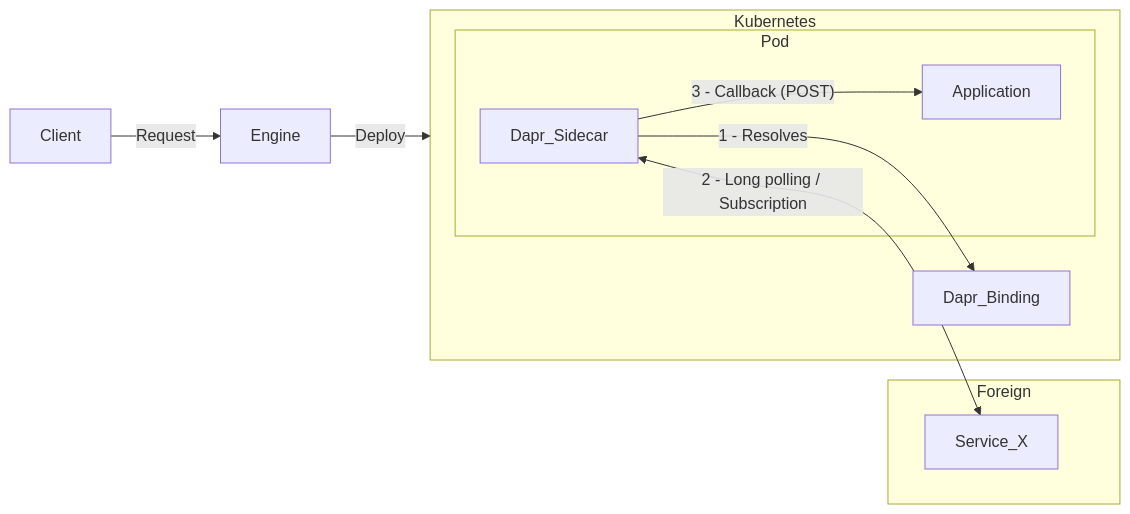
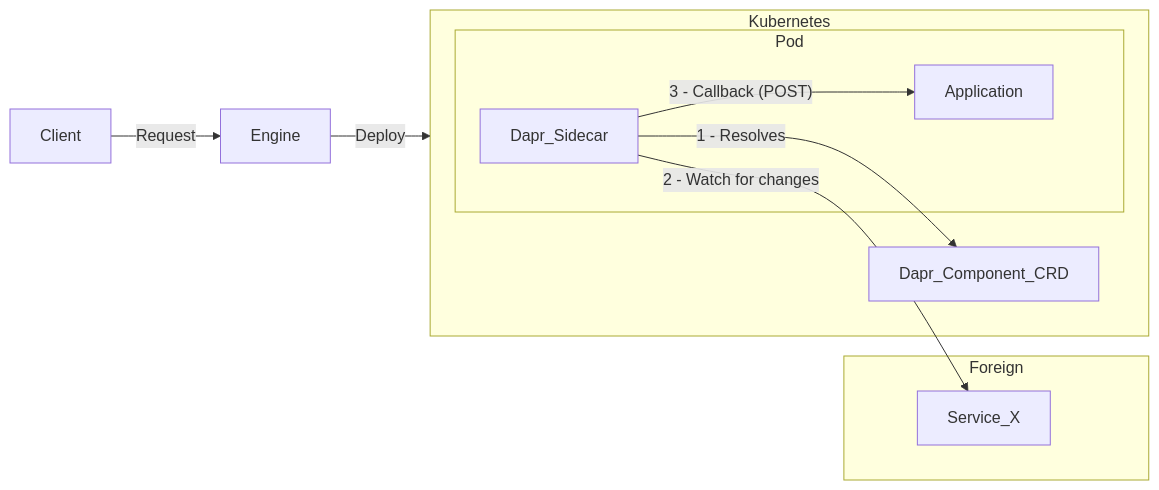
Before and after one commit to radius-project/design-notes: the first of 2 diagrams in resources/2024-10-dapr-bindings.md, drawn with Mermaid. The commit also changed other lines of this file, not shown here.

````diff
--- a/resources/2024-10-dapr-bindings.md
+++ b/resources/2024-10-dapr-bindings.md
@@ -156,22 +173,22 @@
 ```mermaid
 graph LR
     Client -->|Request| Engine
     Engine -->|Deploy| Kubernetes
-    Dapr_Sidecar -->|1 - Resolves| Dapr_Binding
-    Dapr_Sidecar <--> |2 - Long polling / Subscription | Service_X
+    Dapr_Sidecar -->|1 - Resolves| Dapr_Component_CRD
+    Dapr_Sidecar --> |2 - Watch for changes | Service_X
     Dapr_Sidecar -->|"3 - Callback (POST)"| Application
 
     subgraph Foreign
         Service_X
     end
 
     subgraph Pod
         Application
         Dapr_Sidecar
     end
 
     subgraph Kubernetes
-        Dapr_Binding
+        Dapr_Component_CRD
         Pod
     end
 ```	
````
